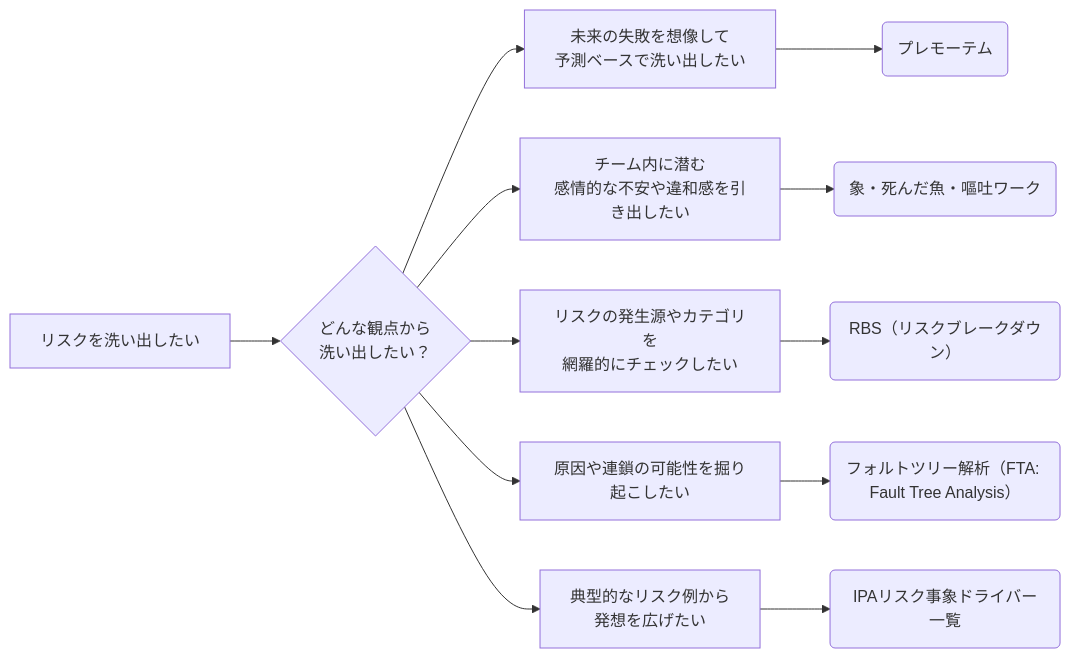
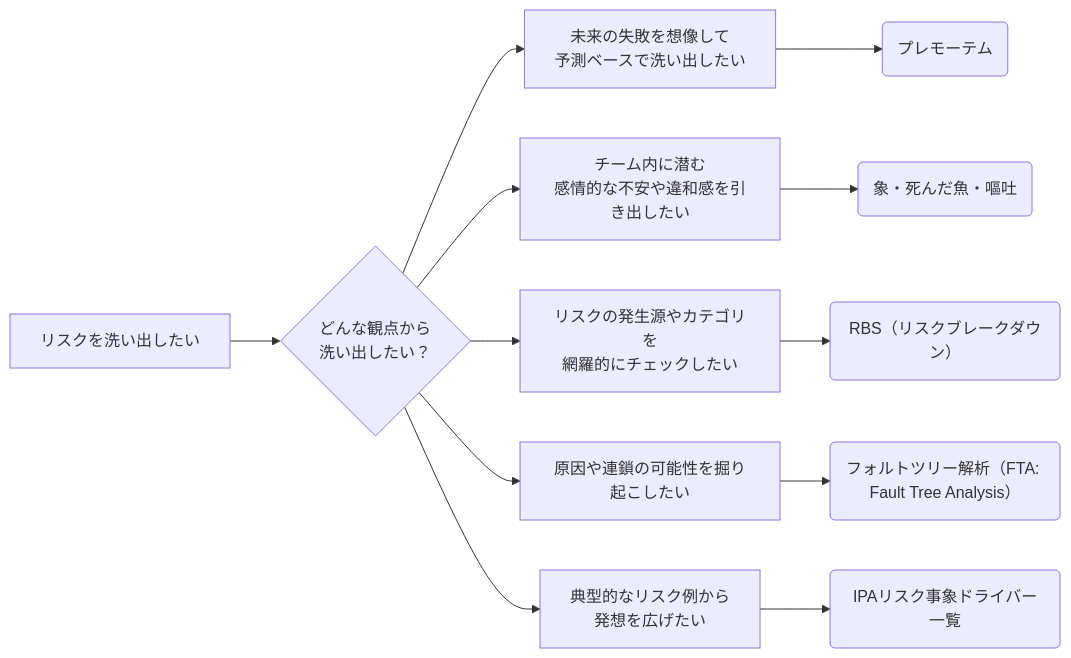
One commit to dodonki1223/articles changed the ninth of 18 diagrams in 25_プロジェクトを円滑に進めたいならタスクではなくリスクを見よ！.md. Above: the diagram before and after it, drawn with Mermaid. The commit also changed other lines of this file, not shown here.

````diff
--- a/25_プロジェクトを円滑に進めたいならタスクではなくリスクを見よ！.md
+++ b/25_プロジェクトを円滑に進めたいならタスクではなくリスクを見よ！.md
@@ -579,16 +577,16 @@
 ```mermaid
 graph LR
   A[リスクを洗い出したい] --> B{どんな観点から<br>洗い出したい？}
 
   B --> C1[未来の失敗を想像して<br>予測ベースで洗い出したい]
   B --> C2[チーム内に潜む<br>感情的な不安や違和感を引き出したい]
   B --> C3[リスクの発生源やカテゴリを<br>網羅的にチェックしたい]
   B --> C4[原因や連鎖の可能性を掘り起こしたい]
   B --> C5[典型的なリスク例から<br>発想を広げたい]
 
   C1 --> D1(プレモーテム)
-  C2 --> D2(象・死んだ魚・嘔吐ワーク)
+  C2 --> D2(象・死んだ魚・嘔吐)
   C3 --> D3(RBS（リスクブレークダウン）)
   C4 --> D4(フォルトツリー解析（FTA: Fault Tree Analysis）)
   C5 --> D5(IPAリスク事象ドライバー一覧)
 ```
````
